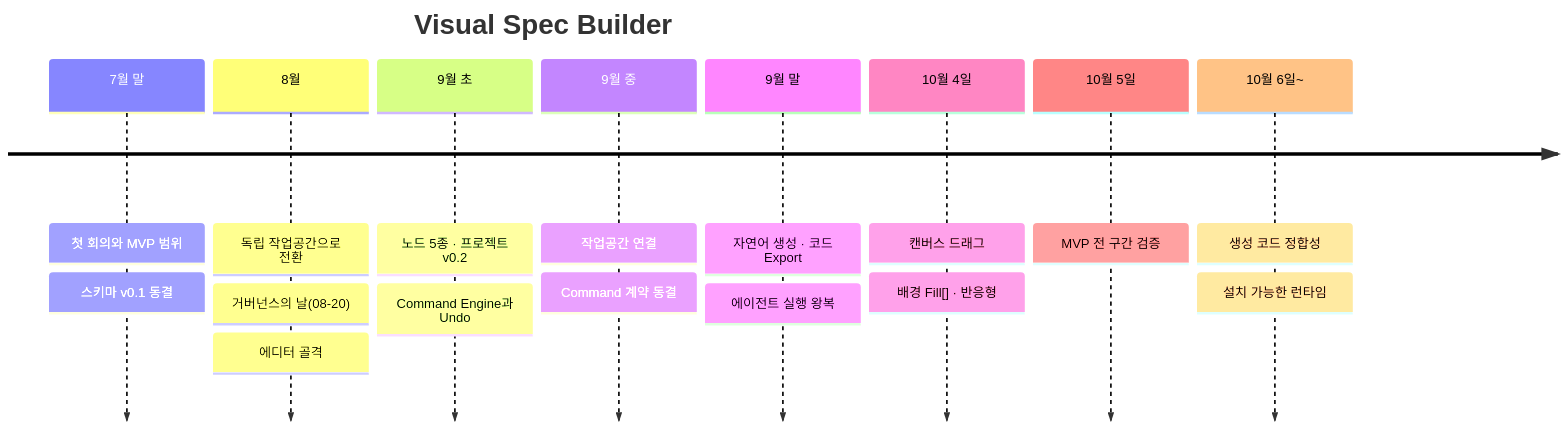
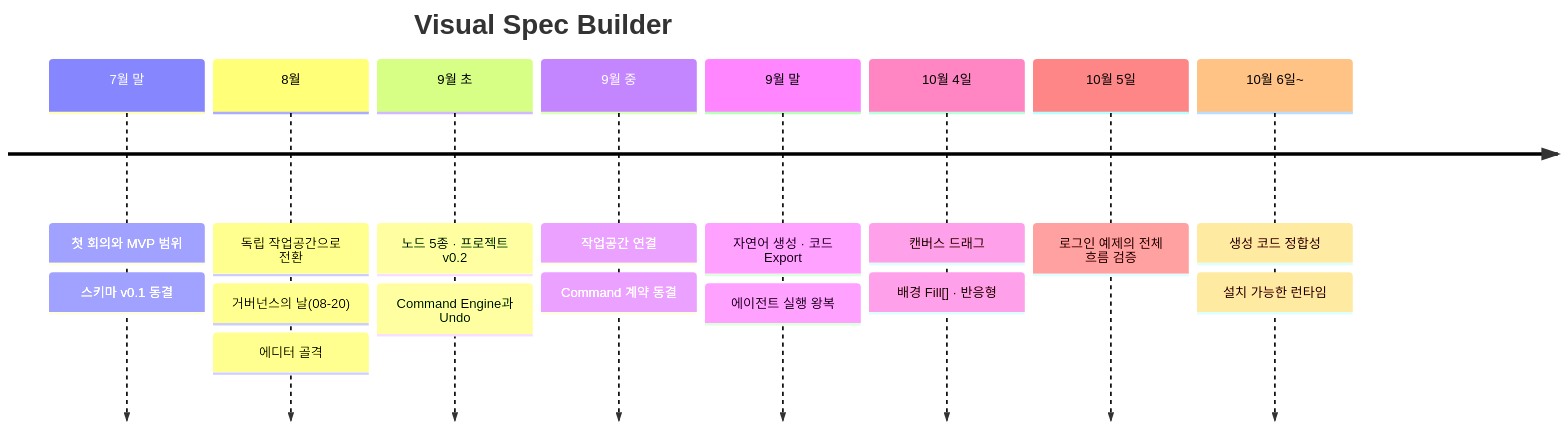
Before and after one commit to visual-spec-labs/Visual-Spec-Builder: the diagram in docs/history/README.md, drawn with Mermaid. The commit also changed other lines of this file and 7 other files, not shown here.

````diff
--- a/docs/history/README.md
+++ b/docs/history/README.md
@@ -23,12 +23,12 @@
 ```mermaid
 timeline
     title Visual Spec Builder
     7월 말 : 첫 회의와 MVP 범위 : 스키마 v0.1 동결
     8월 : 독립 작업공간으로 전환 : 거버넌스의 날(08-20) : 에디터 골격
     9월 초 : 노드 5종 · 프로젝트 v0.2 : Command Engine과 Undo
     9월 중 : 작업공간 연결 : Command 계약 동결
     9월 말 : 자연어 생성 · 코드 Export : 에이전트 실행 왕복
     10월 4일 : 캔버스 드래그 : 배경 Fill[] · 반응형
-    10월 5일 : MVP 전 구간 검증
+    10월 5일 : 로그인 예제의 전체 흐름 검증
     10월 6일~ : 생성 코드 정합성 : 설치 가능한 런타임
 ```
````
